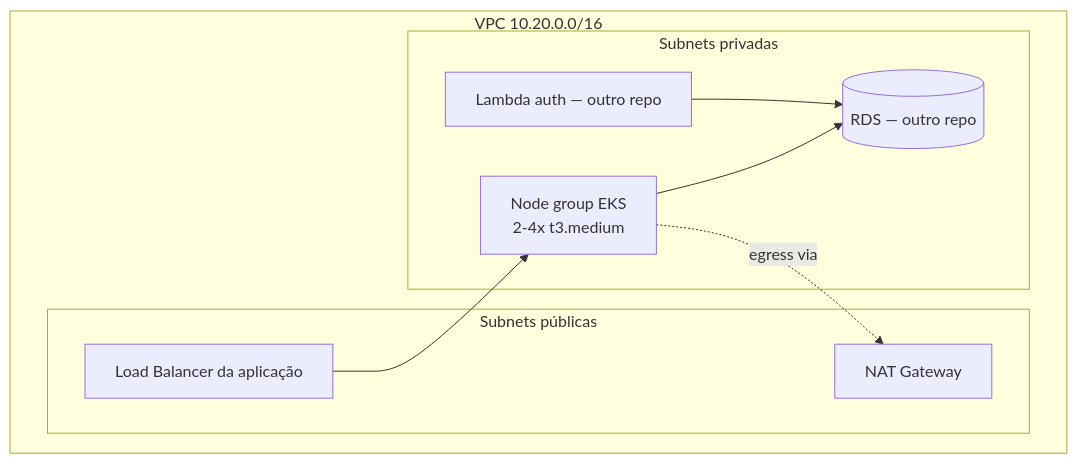
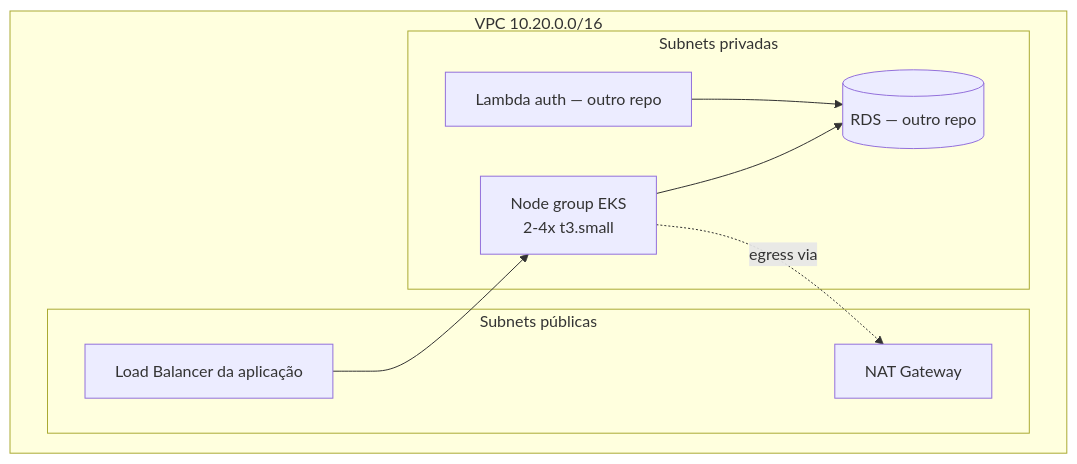
One commit to RafaelNikolasPuggi/oficina-infra-k8s changed the diagram in README.md. Above: the diagram before and after it, drawn with Mermaid. The commit also changed other lines of this file and 6 other files, not shown here.

````diff
--- a/README.md
+++ b/README.md
@@ -57,18 +57,18 @@
 ```mermaid
 flowchart TB
     subgraph VPC["VPC 10.20.0.0/16"]
         subgraph Public["Subnets públicas"]
             NAT[NAT Gateway]
             ELB[Load Balancer da aplicação]
         end
         subgraph Private["Subnets privadas"]
-            EKS[Node group EKS<br/>2-4x t3.medium]
+            EKS[Node group EKS<br/>2-4x t3.small]
             RDS[(RDS — outro repo)]
             LAMBDA[Lambda auth — outro repo]
         end
     end
     ELB --> EKS
     EKS --> RDS
     LAMBDA --> RDS
     EKS -.egress via.-> NAT
 ```
````
